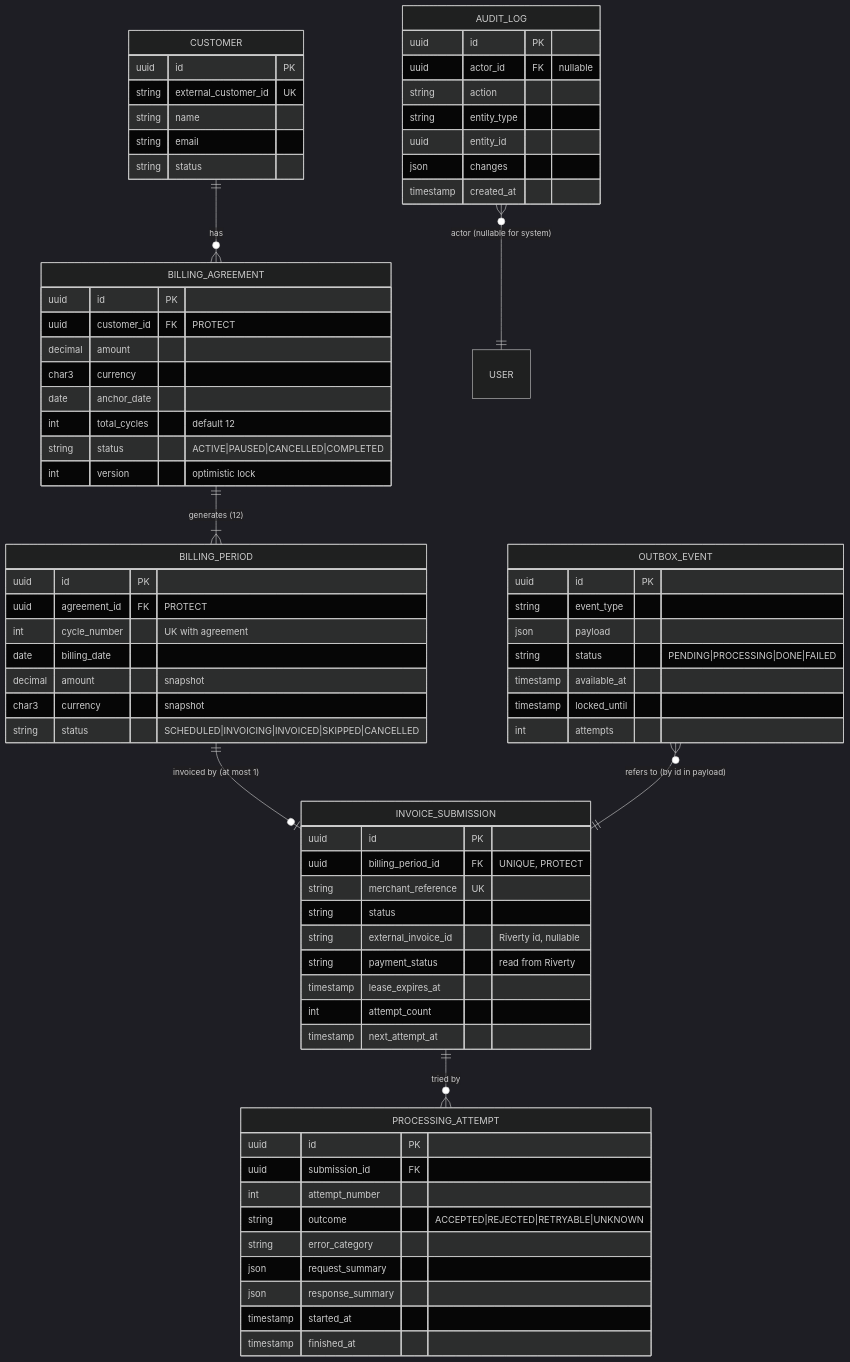
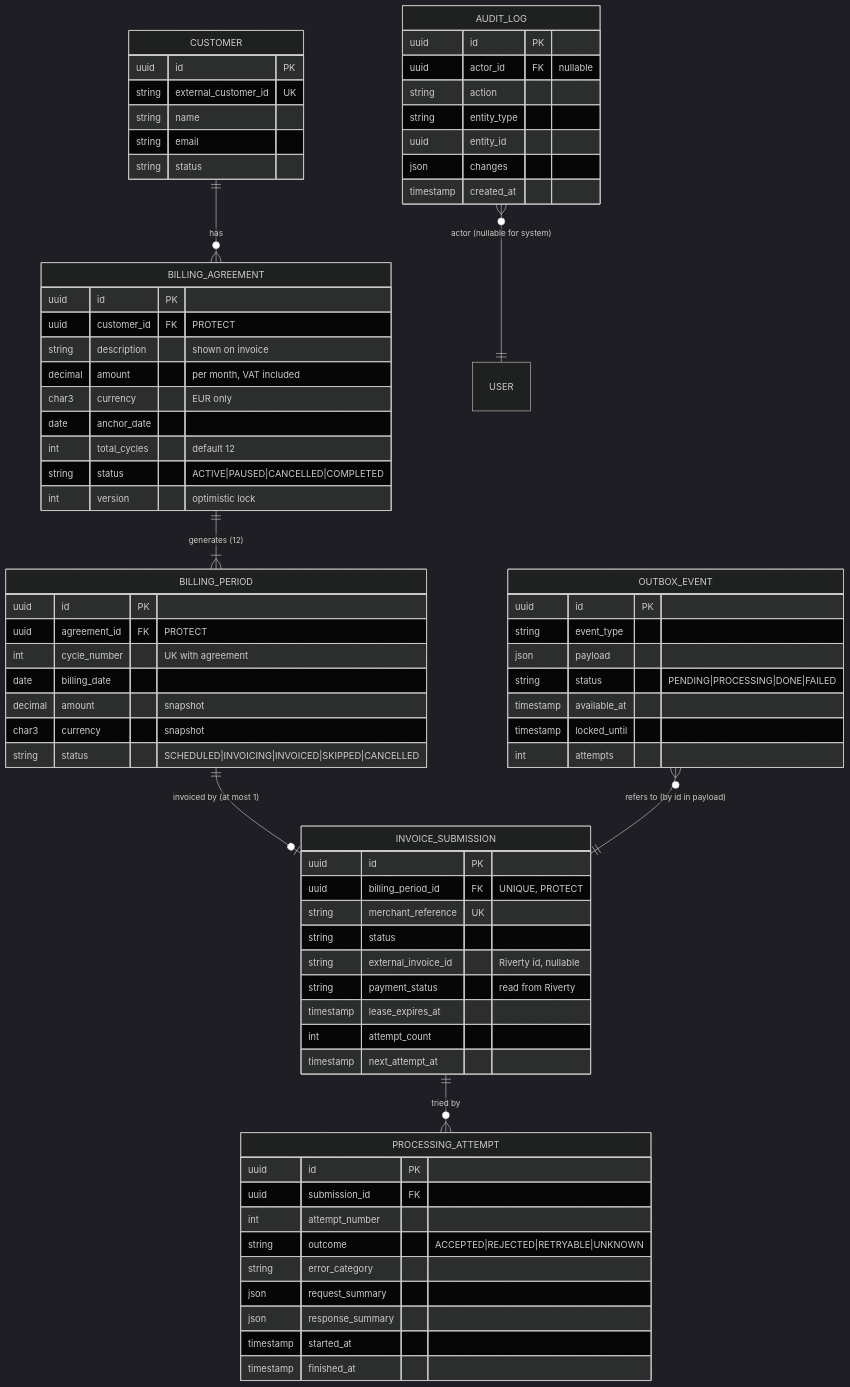
One commit to Uma-dev99/Recurring-Invoice-Automation-System changed the second of 5 diagrams in docs/architecture.md. Above: the diagram before and after it, drawn with Mermaid (dark theme). The commit also changed 27 other files, not shown here.

````diff
--- a/docs/architecture.md
+++ b/docs/architecture.md
@@ -113,76 +113,77 @@
 ```mermaid
 erDiagram
     CUSTOMER ||--o{ BILLING_AGREEMENT : has
     BILLING_AGREEMENT ||--|{ BILLING_PERIOD : "generates (12)"
     BILLING_PERIOD ||--o| INVOICE_SUBMISSION : "invoiced by (at most 1)"
     INVOICE_SUBMISSION ||--o{ PROCESSING_ATTEMPT : "tried by"
     OUTBOX_EVENT }o--|| INVOICE_SUBMISSION : "refers to (by id in payload)"
     AUDIT_LOG }o--|| USER : "actor (nullable for system)"
 
     CUSTOMER {
         uuid id PK
         string external_customer_id UK
         string name
         string email
         string status
     }
     BILLING_AGREEMENT {
         uuid id PK
         uuid customer_id FK "PROTECT"
-        decimal amount
-        char3 currency
+        string description "shown on invoice"
+        decimal amount "per month, VAT included"
+        char3 currency "EUR only"
         date anchor_date
         int total_cycles "default 12"
         string status "ACTIVE|PAUSED|CANCELLED|COMPLETED"
         int version "optimistic lock"
     }
     BILLING_PERIOD {
         uuid id PK
         uuid agreement_id FK "PROTECT"
         int cycle_number "UK with agreement"
         date billing_date
         decimal amount "snapshot"
         char3 currency "snapshot"
         string status "SCHEDULED|INVOICING|INVOICED|SKIPPED|CANCELLED"
     }
     INVOICE_SUBMISSION {
         uuid id PK
         uuid billing_period_id FK "UNIQUE, PROTECT"
         string merchant_reference UK
         string status
         string external_invoice_id "Riverty id, nullable"
         string payment_status "read from Riverty"
         timestamp lease_expires_at
         int attempt_count
         timestamp next_attempt_at
     }
     PROCESSING_ATTEMPT {
         uuid id PK
         uuid submission_id FK
         int attempt_number
         string outcome "ACCEPTED|REJECTED|RETRYABLE|UNKNOWN"
         string error_category
         json request_summary
         json response_summary
         timestamp started_at
         timestamp finished_at
     }
     OUTBOX_EVENT {
         uuid id PK
         string event_type
         json payload
         string status "PENDING|PROCESSING|DONE|FAILED"
         timestamp available_at
         timestamp locked_until
         int attempts
     }
     AUDIT_LOG {
         uuid id PK
         uuid actor_id FK "nullable"
         string action
         string entity_type
         uuid entity_id
         json changes
         timestamp created_at
     }
 ```
````
